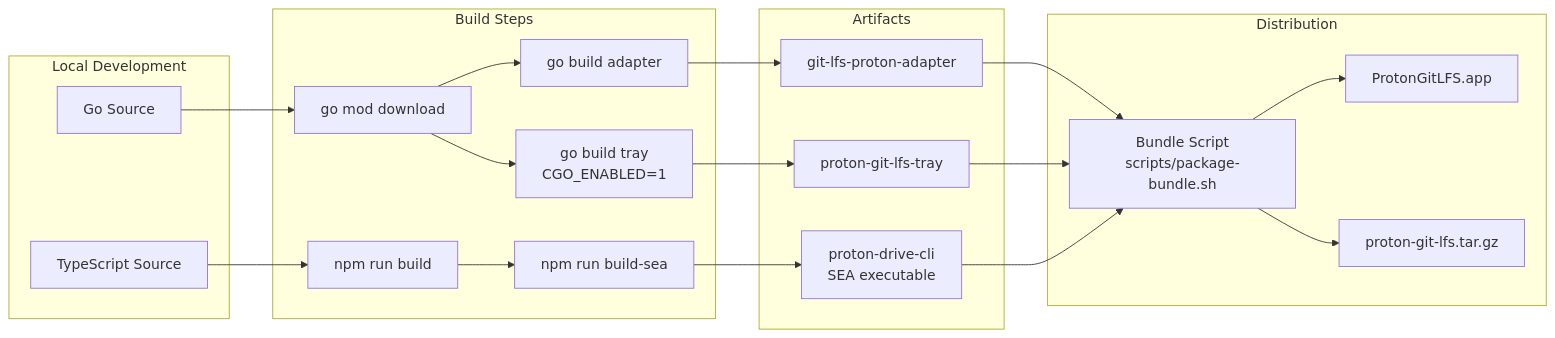
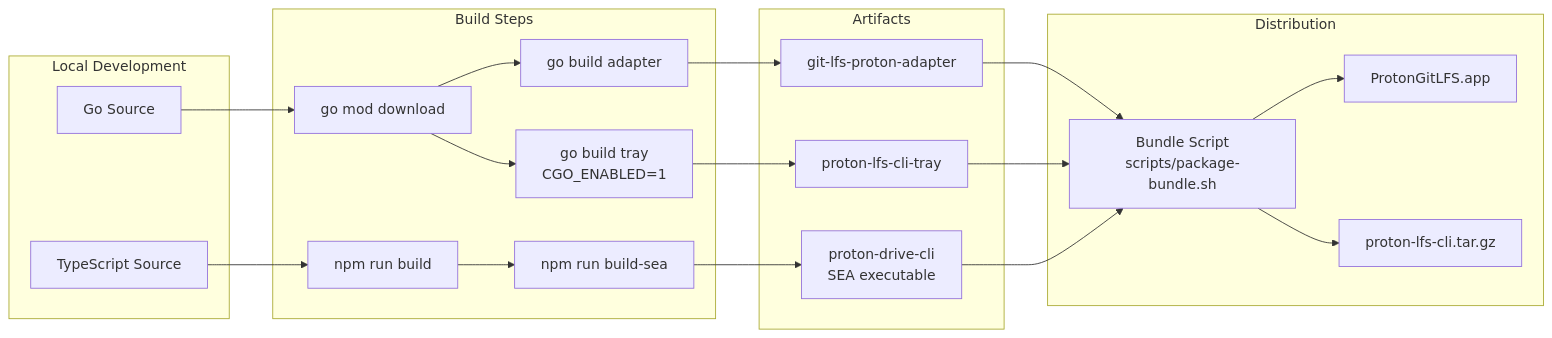
Before and after one commit to SevenOfNine-ai/proton-lfs-cli: diagram 12 of 14 in docs/architecture/architecture.md, drawn with Mermaid. The commit also changed other lines of this file and 35 other files, not shown here.

First line of the commit message:
refactor: rename project from proton-git-lfs to proton-lfs-cli

````diff
--- a/docs/architecture/architecture.md
+++ b/docs/architecture/architecture.md
@@ -650,46 +650,46 @@
 ```mermaid
 flowchart LR
     subgraph "Local Development"
         SrcGo[Go Source]
         SrcTS[TypeScript Source]
     end
 
     subgraph "Build Steps"
         GoMod[go mod download]
         TSBuild[npm run build]
         SEA[npm run build-sea]
         GoBuild[go build adapter]
         TrayBuild[go build tray<br/>CGO_ENABLED=1]
     end
 
     subgraph "Artifacts"
         AdapterBin[git-lfs-proton-adapter]
-        TrayBin[proton-git-lfs-tray]
+        TrayBin[proton-lfs-cli-tray]
         CLIBin[proton-drive-cli<br/>SEA executable]
     end
 
     subgraph "Distribution"
         Bundle[Bundle Script<br/>scripts/package-bundle.sh]
         macOSApp[ProtonGitLFS.app]
-        LinuxTar[proton-git-lfs.tar.gz]
+        LinuxTar[proton-lfs-cli.tar.gz]
     end
 
     SrcGo --> GoMod
     SrcTS --> TSBuild
     TSBuild --> SEA
 
     GoMod --> GoBuild
     GoMod --> TrayBuild
 
     GoBuild --> AdapterBin
     TrayBuild --> TrayBin
     SEA --> CLIBin
 
     AdapterBin --> Bundle
     TrayBin --> Bundle
     CLIBin --> Bundle
 
     Bundle --> macOSApp
     Bundle --> LinuxTar
 
 ```
````
